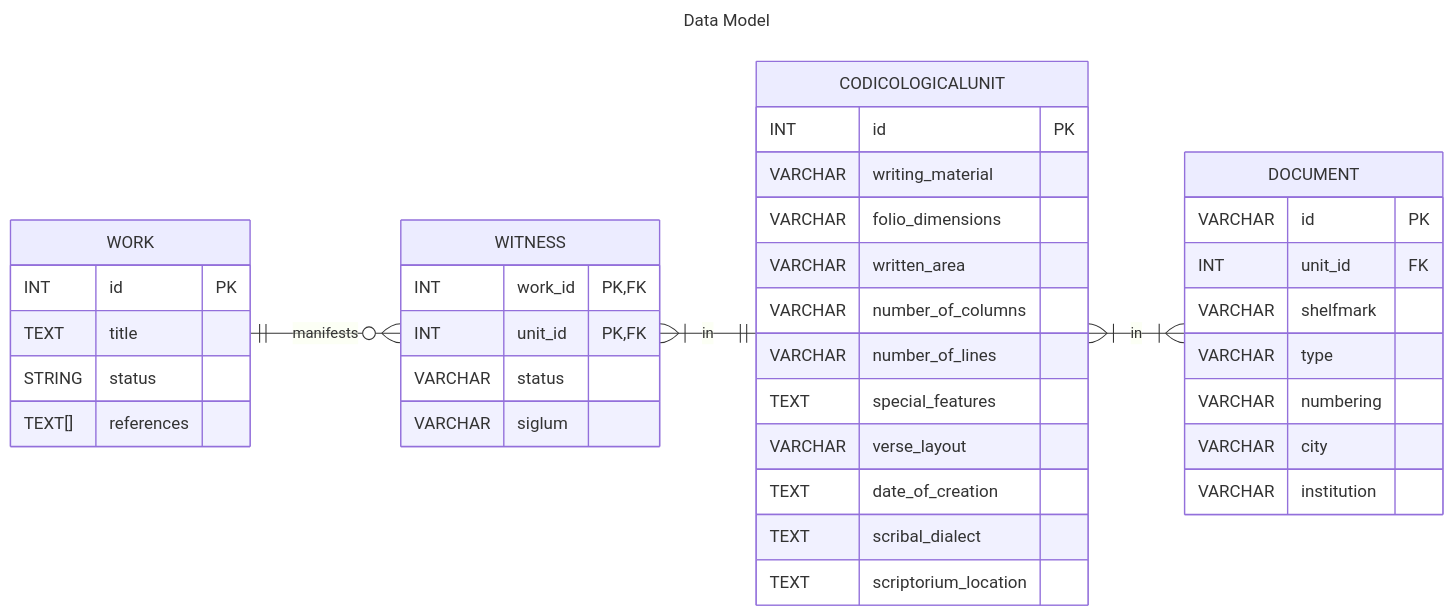
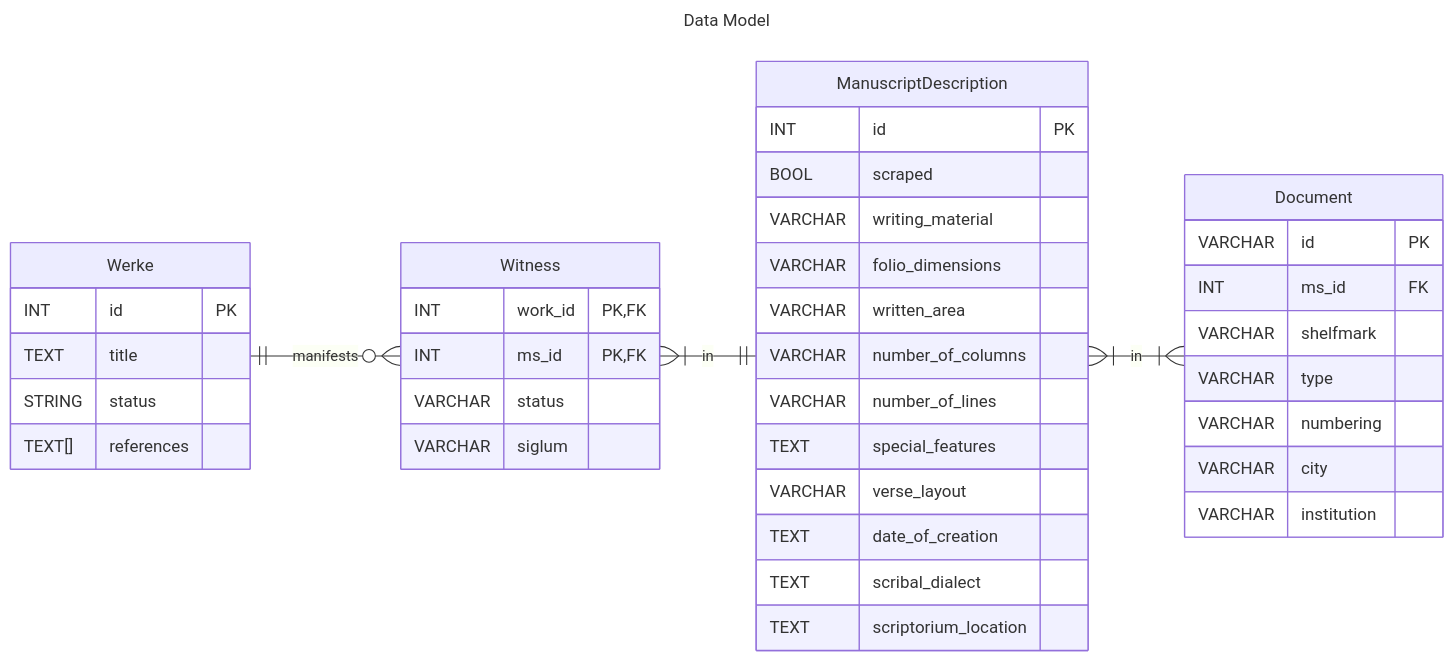
Before and after one commit to LostMa-ERC/hc-scraper: the diagram in README.md, drawn with Mermaid. The commit also changed other lines of this file, not shown here.

````diff
--- a/README.md
+++ b/README.md
@@ -36,48 +38,49 @@
 ```mermaid
 ---
 title: Data Model
 ---
 erDiagram
     direction LR
-    WORK ||--o{ WITNESS : manifests
-    WITNESS }|--|| CODICOLOGICALUNIT : in
-    CODICOLOGICALUNIT }|--|{ DOCUMENT : in
+    Werke ||--o{ Witness : manifests
+    Witness }|--|| ManuscriptDescription : in
+    ManuscriptDescription }|--|{ Document : in
 
-    WORK{
+    Werke{
         INT id PK
         TEXT title
         STRING status
         TEXT[] references
     }
 
-    WITNESS {
+    Witness {
         INT work_id PK, FK
-        INT unit_id PK, FK
+        INT ms_id PK, FK
         VARCHAR status
         VARCHAR siglum
     }
 
-    CODICOLOGICALUNIT {
+    ManuscriptDescription {
         INT id PK
+        BOOL scraped
         VARCHAR writing_material
         VARCHAR folio_dimensions
         VARCHAR written_area
         VARCHAR number_of_columns
         VARCHAR number_of_lines
         TEXT special_features
         VARCHAR verse_layout
         TEXT date_of_creation
         TEXT scribal_dialect
         TEXT scriptorium_location
     }
 
-    DOCUMENT {
+    Document {
         VARCHAR id PK
-        INT unit_id FK
+        INT ms_id FK
         VARCHAR shelfmark
         VARCHAR type
         VARCHAR numbering
         VARCHAR city
         VARCHAR institution
     }
 ```
````
